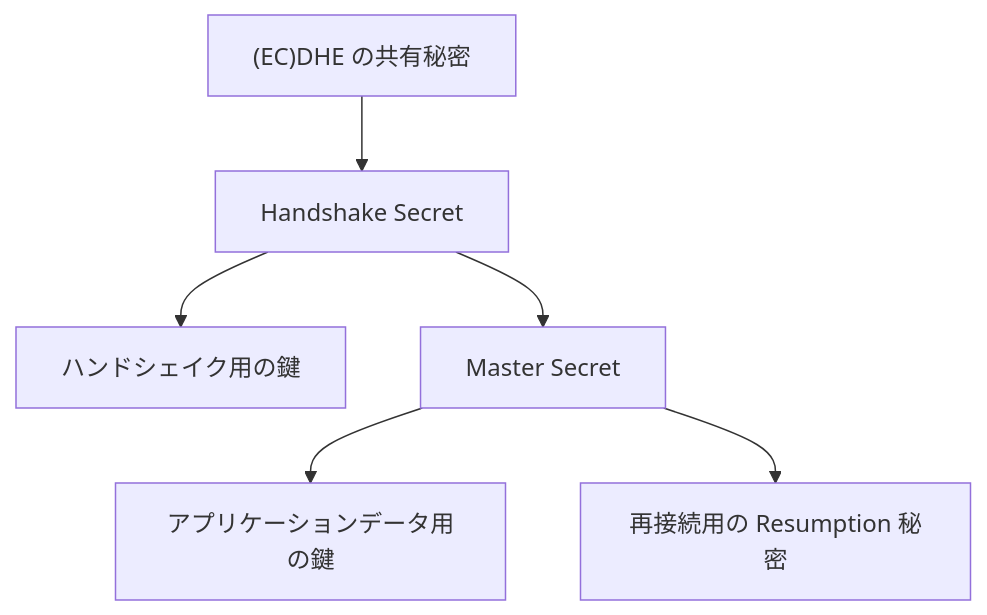
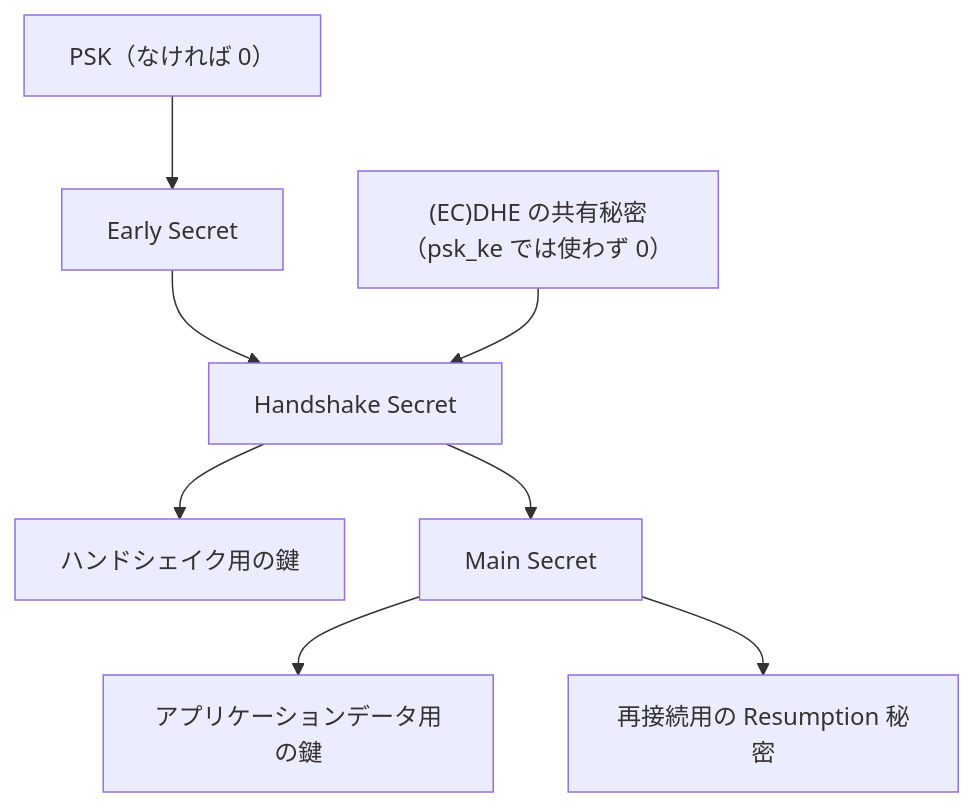
The sixth of 24 diagrams in Bulletproof-tls-pki-guide.md (myoshi2891/Security_Studies), drawn with Mermaid before and after one commit. The commit also changed other lines of this file, not shown here.

````diff
--- a/Bulletproof-tls-pki-guide.md
+++ b/Bulletproof-tls-pki-guide.md
@@ -248,8 +248,10 @@
 ```mermaid
 flowchart TD
-    E["(EC)DHE の共有秘密"] --> HS["Handshake Secret"]
+    P["PSK（なければ 0）"] --> ES["Early Secret"]
+    ES --> HS["Handshake Secret"]
+    E["(EC)DHE の共有秘密<br/>（psk_ke では使わず 0）"] --> HS
     HS --> HK["ハンドシェイク用の鍵"]
-    HS --> MS["Master Secret"]
+    HS --> MS["Main Secret"]
     MS --> AK["アプリケーションデータ用の鍵"]
     MS --> RM["再接続用の Resumption 秘密"]
 ```
````
